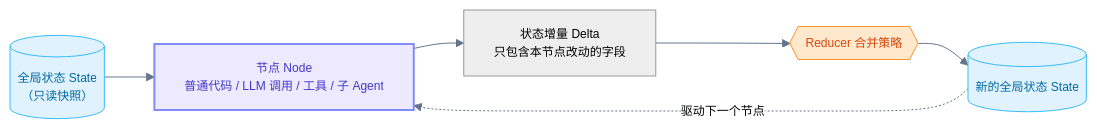
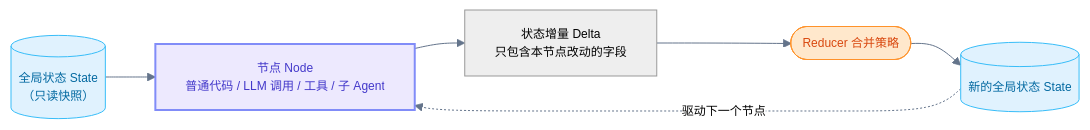
The fourth of 16 diagrams in _posts/blog/2026-07-25-graph-engineering.md (TingdeLiu/tingdeliu.github.io), drawn with Mermaid before and after one commit.

Commit message:
fix(blog): avoid Liquid eating mermaid hexagon syntax in figure 5
Jekyll runs Liquid over the whole file before Markdown, including fenced
code blocks, so `R{{"Reducer 合并策略"}}` was evaluated as a Liquid output
expression and reached the browser as bare text, breaking the diagram with
"Syntax error in text" (mermaid 10.9.6).

Replace the hexagon shape with a stadium shape so no `{{` appears.
Verified: all 16 diagrams parse on mermaid 10.9.6, zero `{{` / `{%` inside
mermaid blocks across every post in _posts/.

````diff
--- a/_posts/blog/2026-07-25-graph-engineering.md
+++ b/_posts/blog/2026-07-25-graph-engineering.md
@@ -147,14 +147,14 @@
 ```mermaid
 flowchart LR
     %%{init: {'theme': 'neutral', 'themeVariables': { 'fontSize': '12px', 'lineColor': '#64748b'}}}%%
     S1[("全局状态 State<br/>（只读快照）")] --> N["节点 Node<br/>普通代码 / LLM 调用 / 工具 / 子 Agent"]
     N --> D["状态增量 Delta<br/>只包含本节点改动的字段"]
-    D --> R{{"Reducer 合并策略"}}
+    D --> R(["Reducer 合并策略"])
     R --> S2[("新的全局状态 State")]
     S2 -.->|驱动下一个节点| N
 
     style N fill:#ede9fe,stroke:#818cf8,stroke-width:2px,color:#4338ca
     style R fill:#ffe8cc,stroke:#ff922b,stroke-width:1px,color:#d9480f
     style S1 fill:#e0f2fe,stroke:#38bdf8,color:#0369a1
     style S2 fill:#e0f2fe,stroke:#38bdf8,color:#0369a1
 ```
````
